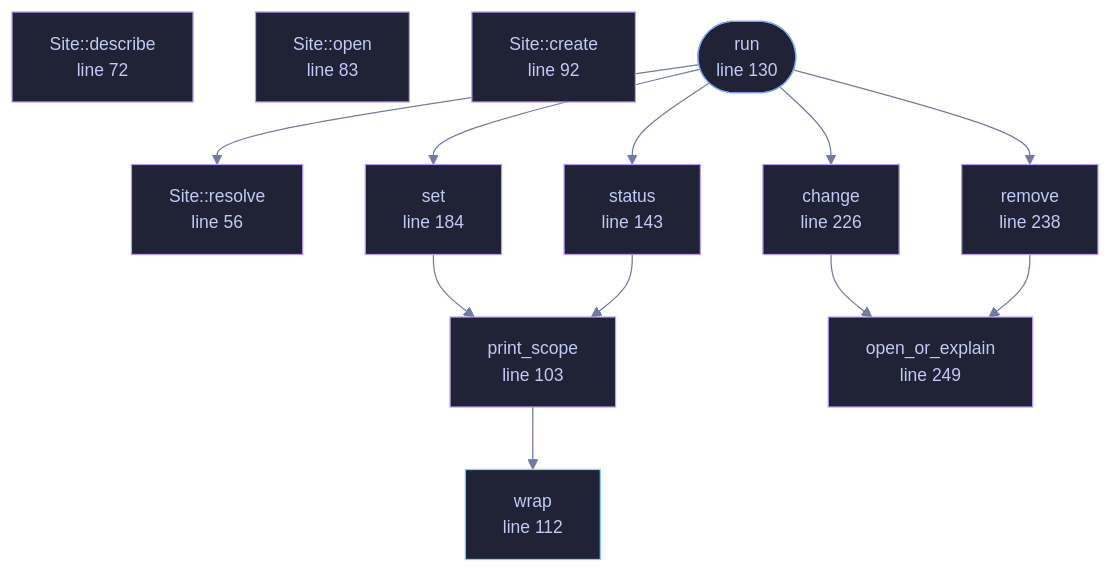
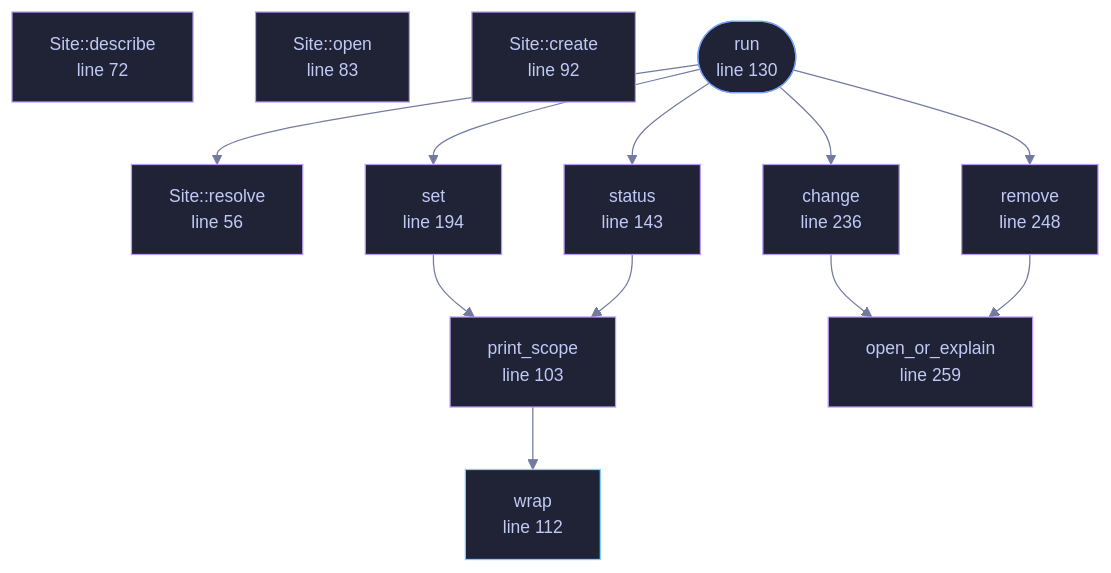
One commit to tilas01/veilvoice changed the diagram in wiki/File-veilvoice-cli-lock.md. Above: the diagram before and after it, drawn with Mermaid. The commit also changed other lines of this file and 58 other files, not shown here.

````diff
--- a/wiki/File-veilvoice-cli-lock.md
+++ b/wiki/File-veilvoice-cli-lock.md
@@ -60,44 +60,44 @@
 ```mermaid
 %%{init: {"theme":"base","themeVariables":{"background":"#1a1b26","primaryColor":"#1f2335","primaryTextColor":"#c0caf5","primaryBorderColor":"#7aa2f7","secondaryColor":"#16161e","tertiaryColor":"#16161e","lineColor":"#737aa2","textColor":"#c0caf5","mainBkg":"#1f2335","nodeBorder":"#7aa2f7","clusterBkg":"#16161e","clusterBorder":"#2f3549","fontFamily":"ui-monospace, SFMono-Regular, Consolas, monospace","fontSize":"14px"}}}%%
 flowchart TD
     n_resolve["Site::resolve<br/>line 56"]
     n_describe["Site::describe<br/>line 72"]
     n_open["Site::open<br/>line 83"]
     n_create["Site::create<br/>line 92"]
     n_print_scope["print_scope<br/>line 103"]
     n_wrap["wrap<br/>line 112"]
     n_run(["run<br/>line 130"])
     n_status["status<br/>line 143"]
-    n_set["set<br/>line 184"]
-    n_change["change<br/>line 226"]
-    n_remove["remove<br/>line 238"]
-    n_open_or_explain["open_or_explain<br/>line 249"]
+    n_set["set<br/>line 194"]
+    n_change["change<br/>line 236"]
+    n_remove["remove<br/>line 248"]
+    n_open_or_explain["open_or_explain<br/>line 259"]
     n_change --> n_open_or_explain
     n_print_scope --> n_wrap
     n_remove --> n_open_or_explain
     n_run --> n_change
     n_run --> n_remove
     n_run --> n_resolve
     n_run --> n_set
     n_run --> n_status
     n_set --> n_print_scope
     n_status --> n_print_scope
     click n_resolve href "https://github.com/tilas01/veilvoice/blob/main/crates/veilvoice-cli/src/lock.rs#L56" "open the source"
     click n_describe href "https://github.com/tilas01/veilvoice/blob/main/crates/veilvoice-cli/src/lock.rs#L72" "open the source"
     click n_open href "https://github.com/tilas01/veilvoice/blob/main/crates/veilvoice-cli/src/lock.rs#L83" "open the source"
     click n_create href "https://github.com/tilas01/veilvoice/blob/main/crates/veilvoice-cli/src/lock.rs#L92" "open the source"
     click n_print_scope href "https://github.com/tilas01/veilvoice/blob/main/crates/veilvoice-cli/src/lock.rs#L103" "open the source"
     click n_wrap href "https://github.com/tilas01/veilvoice/blob/main/crates/veilvoice-cli/src/lock.rs#L112" "open the source"
     click n_run href "https://github.com/tilas01/veilvoice/blob/main/crates/veilvoice-cli/src/lock.rs#L130" "open the source"
     click n_status href "https://github.com/tilas01/veilvoice/blob/main/crates/veilvoice-cli/src/lock.rs#L143" "open the source"
-    click n_set href "https://github.com/tilas01/veilvoice/blob/main/crates/veilvoice-cli/src/lock.rs#L184" "open the source"
-    click n_change href "https://github.com/tilas01/veilvoice/blob/main/crates/veilvoice-cli/src/lock.rs#L226" "open the source"
-    click n_remove href "https://github.com/tilas01/veilvoice/blob/main/crates/veilvoice-cli/src/lock.rs#L238" "open the source"
-    click n_open_or_explain href "https://github.com/tilas01/veilvoice/blob/main/crates/veilvoice-cli/src/lock.rs#L249" "open the source"
+    click n_set href "https://github.com/tilas01/veilvoice/blob/main/crates/veilvoice-cli/src/lock.rs#L194" "open the source"
+    click n_change href "https://github.com/tilas01/veilvoice/blob/main/crates/veilvoice-cli/src/lock.rs#L236" "open the source"
+    click n_remove href "https://github.com/tilas01/veilvoice/blob/main/crates/veilvoice-cli/src/lock.rs#L248" "open the source"
+    click n_open_or_explain href "https://github.com/tilas01/veilvoice/blob/main/crates/veilvoice-cli/src/lock.rs#L259" "open the source"
     classDef entry fill:#1f2335,stroke:#7aa2f7,color:#c0caf5
     class n_run entry
     classDef api fill:#1f2335,stroke:#7dcfff,color:#c0caf5
     class n_wrap api
     classDef helper fill:#1f2335,stroke:#bb9af7,color:#c0caf5
     class n_resolve,n_describe,n_open,n_create,n_print_scope,n_status,n_set,n_change,n_remove,n_open_or_explain helper
 ```
````
